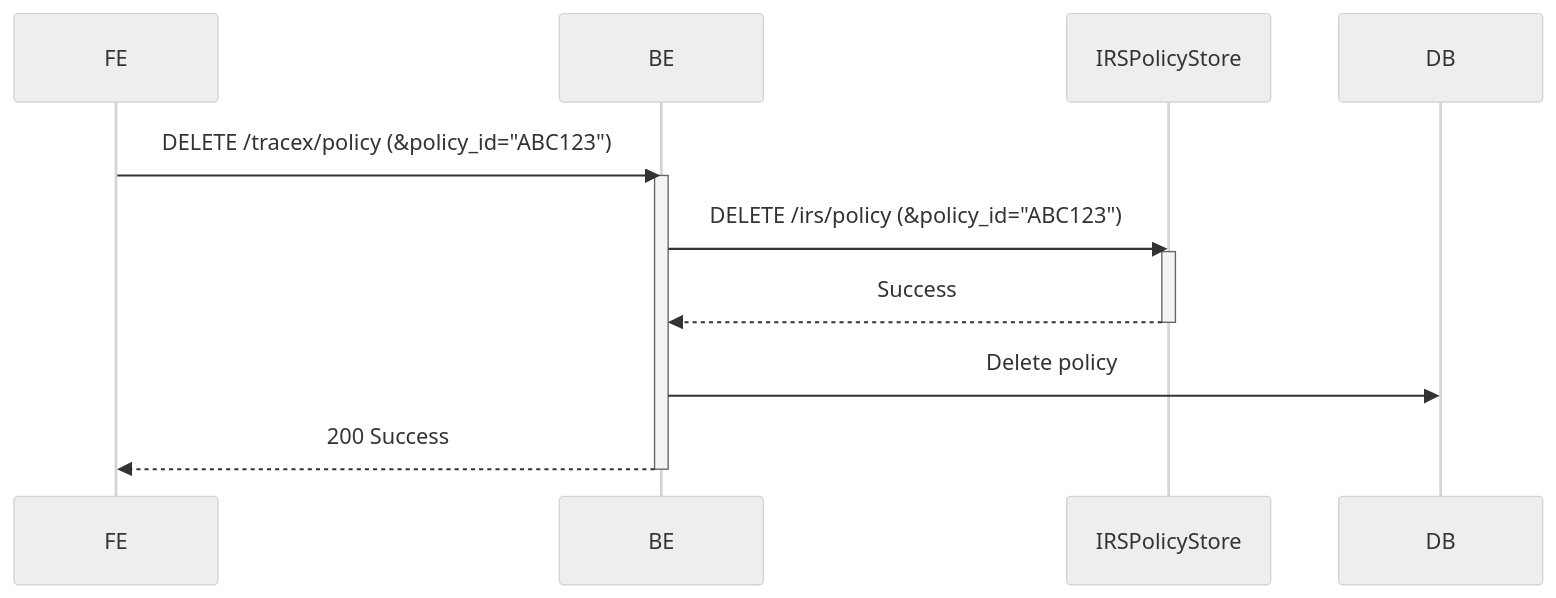
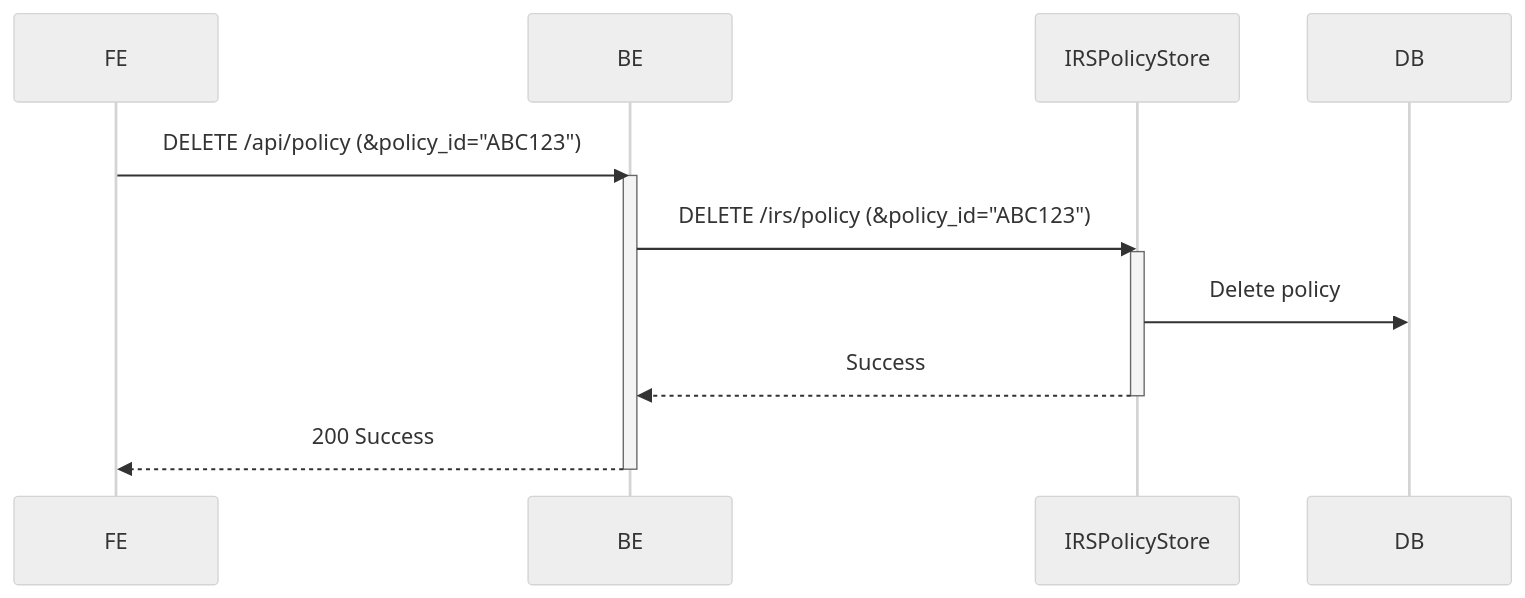
Before and after one commit to eclipse-tractusx/traceability-foss: the fourth of 4 diagrams in docs/concept/#568-policy-management/#568-policy-management.md, drawn with Mermaid (neutral theme). The commit also changed other lines of this file and 2 other files, not shown here.

````diff
--- a/docs/concept/#568-policy-management/#568-policy-management.md
+++ b/docs/concept/#568-policy-management/#568-policy-management.md
@@ -422,16 +336,16 @@
 ```mermaid
 sequenceDiagram
     participant FE
     participant BE
     participant IRSPolicyStore
     participant DB
-    FE->>BE: DELETE /tracex/policy (&policy_id="ABC123")
+    FE->>BE: DELETE /api/policy (&policy_id="ABC123")
     activate BE
     BE->>IRSPolicyStore: DELETE /irs/policy (&policy_id="ABC123")
     activate IRSPolicyStore
+    IRSPolicyStore->>DB: Delete policy
     IRSPolicyStore-->>BE: Success
     deactivate IRSPolicyStore
-    BE->>DB: Delete policy
     BE-->>FE: 200 Success
     deactivate BE
 ```
````
